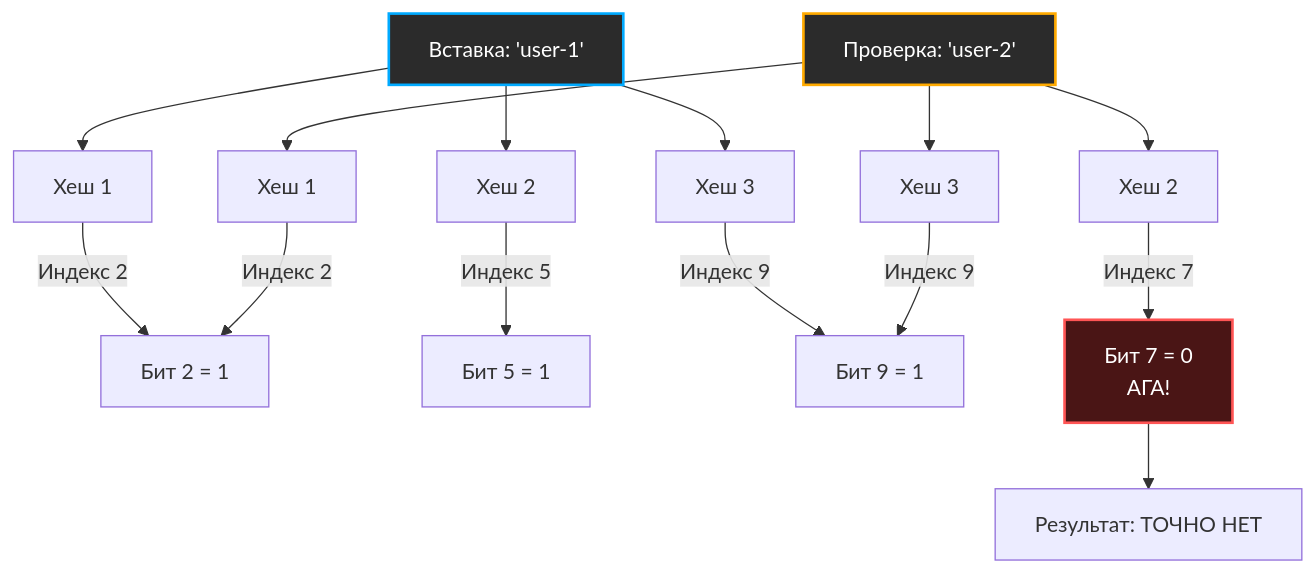
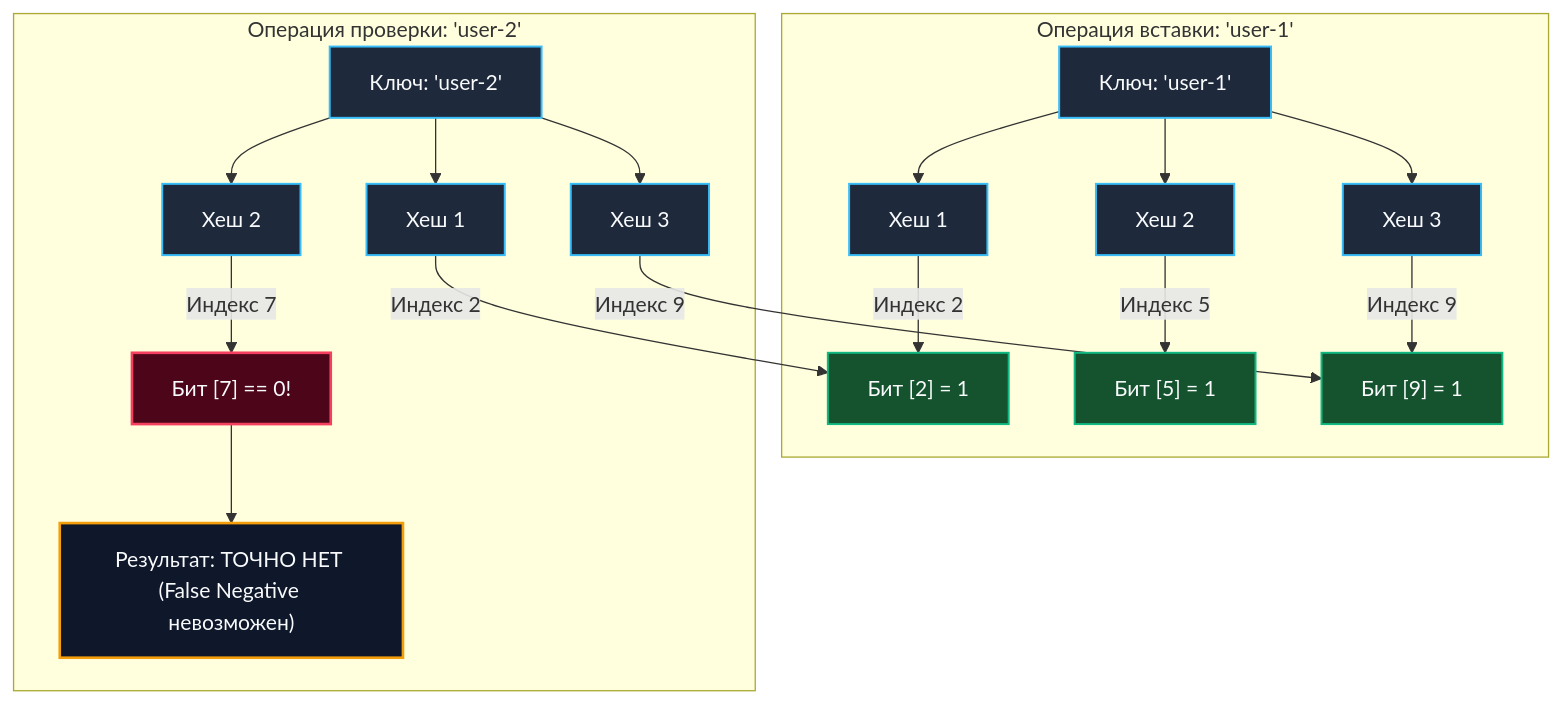
Before and after one commit to UnrealTemplier/go-textbook: the diagram in sources/20. Алгоритмы и структуры данных (DSA) на Go/03. Хеширование/6. Bloom filter - вероятностная структура данных.md, drawn with Mermaid. The commit also changed other lines of this file, not shown here.

````diff
--- a/sources/20. Алгоритмы и структуры данных (DSA) на Go/03. Хеширование/6. Bloom filter - вероятностная структура данных.md
+++ b/sources/20. Алгоритмы и структуры данных (DSA) на Go/03. Хеширование/6. Bloom filter - вероятностная структура данных.md
@@ -30,24 +25,31 @@
 ```mermaid
 flowchart TD
-    A["Вставка: 'user-1'"] --> H1_1["Хеш 1"]
-    A --> H1_2["Хеш 2"]
-    A --> H1_3["Хеш 3"]
-    
-    H1_1 -->|"Индекс 2"| Bit2["Бит 2 = 1"]
-    H1_2 -->|"Индекс 5"| Bit5["Бит 5 = 1"]
-    H1_3 -->|"Индекс 9"| Bit9["Бит 9 = 1"]
-    
-    B["Проверка: 'user-2'"] --> H2_1["Хеш 1"]
-    B --> H2_2["Хеш 2"]
-    B --> H2_3["Хеш 3"]
-    
-    H2_1 -->|"Индекс 2"| Bit2
-    H2_2 -->|"Индекс 7"| Bit7["Бит 7 = 0 <br>АГА!"]
-    H2_3 -->|"Индекс 9"| Bit9
-    
-    Bit7 --> C["Результат: ТОЧНО НЕТ"]
-    
-    style A fill:#2b2b2b,stroke:#00aaff,stroke-width:2px,color:#fff
-    style B fill:#2b2b2b,stroke:#ffaa00,stroke-width:2px,color:#fff
-    style Bit7 fill:#4a1515,stroke:#ff5555,stroke-width:2px,color:#fff
+    subgraph Insertion["Операция вставки: 'user-1'"]
+        A["Ключ: 'user-1'"] --> H1_1["Хеш 1"]
+        A --> H1_2["Хеш 2"]
+        A --> H1_3["Хеш 3"]
+        H1_1 -->|"Индекс 2"| Bit2["Бит [2] = 1"]
+        H1_2 -->|"Индекс 5"| Bit5["Бит [5] = 1"]
+        H1_3 -->|"Индекс 9"| Bit9["Бит [9] = 1"]
+    end
+
+    subgraph Query["Операция проверки: 'user-2'"]
+        B["Ключ: 'user-2'"] --> H2_1["Хеш 1"]
+        B --> H2_2["Хеш 2"]
+        B --> H2_3["Хеш 3"]
+        H2_1 -->|"Индекс 2"| Bit2
+        H2_2 -->|"Индекс 7"| Bit7["Бит [7] == 0!"]
+        H2_3 -->|"Индекс 9"| Bit9
+        Bit7 --> Res["Результат: ТОЧНО НЕТ (False Negative невозможен)"]
+    end
+
+    classDef opBox fill:#1e293b,stroke:#38bdf8,stroke-width:1.5px,color:#f8fafc;
+    classDef bitOne fill:#14532d,stroke:#10b981,stroke-width:1.5px,color:#f8fafc;
+    classDef bitZero fill:#4c0519,stroke:#f43f5e,stroke-width:2px,color:#f8fafc;
+    classDef result fill:#0f172a,stroke:#f59e0b,stroke-width:2px,color:#f8fafc;
+
+    class A,B,H1_1,H1_2,H1_3,H2_1,H2_2,H2_3 opBox;
+    class Bit2,Bit5,Bit9 bitOne;
+    class Bit7 bitZero;
+    class Res result;
 ```
````
